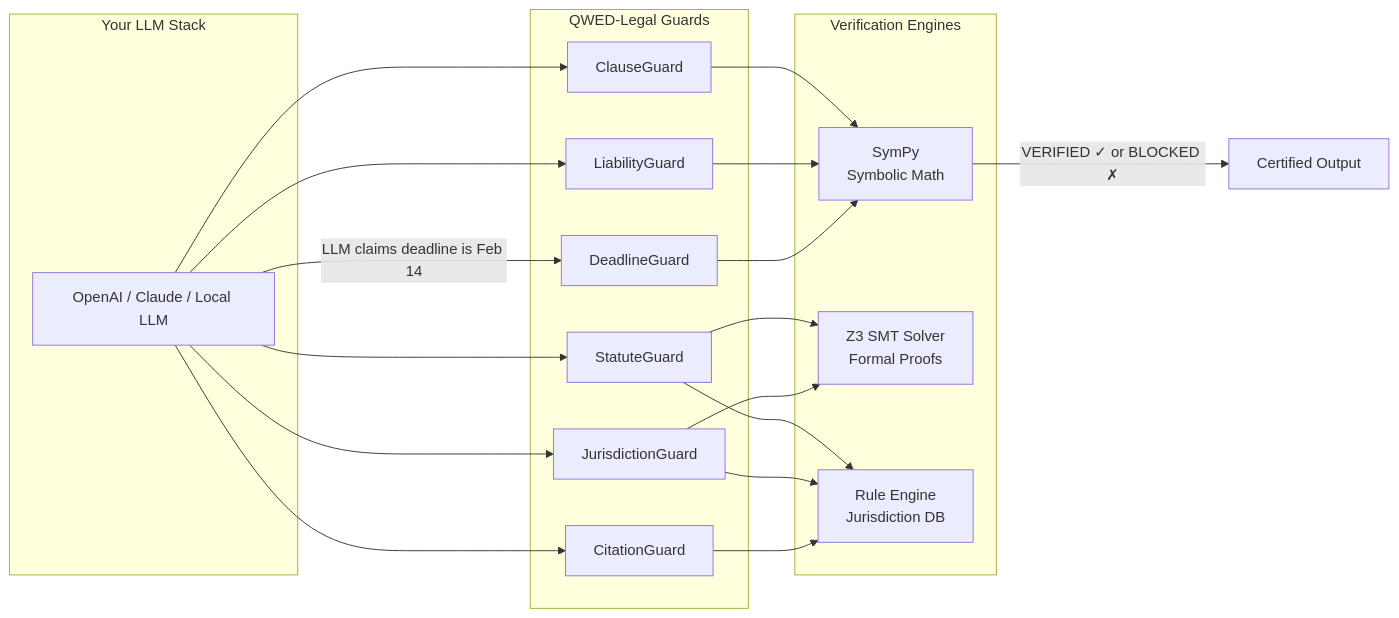
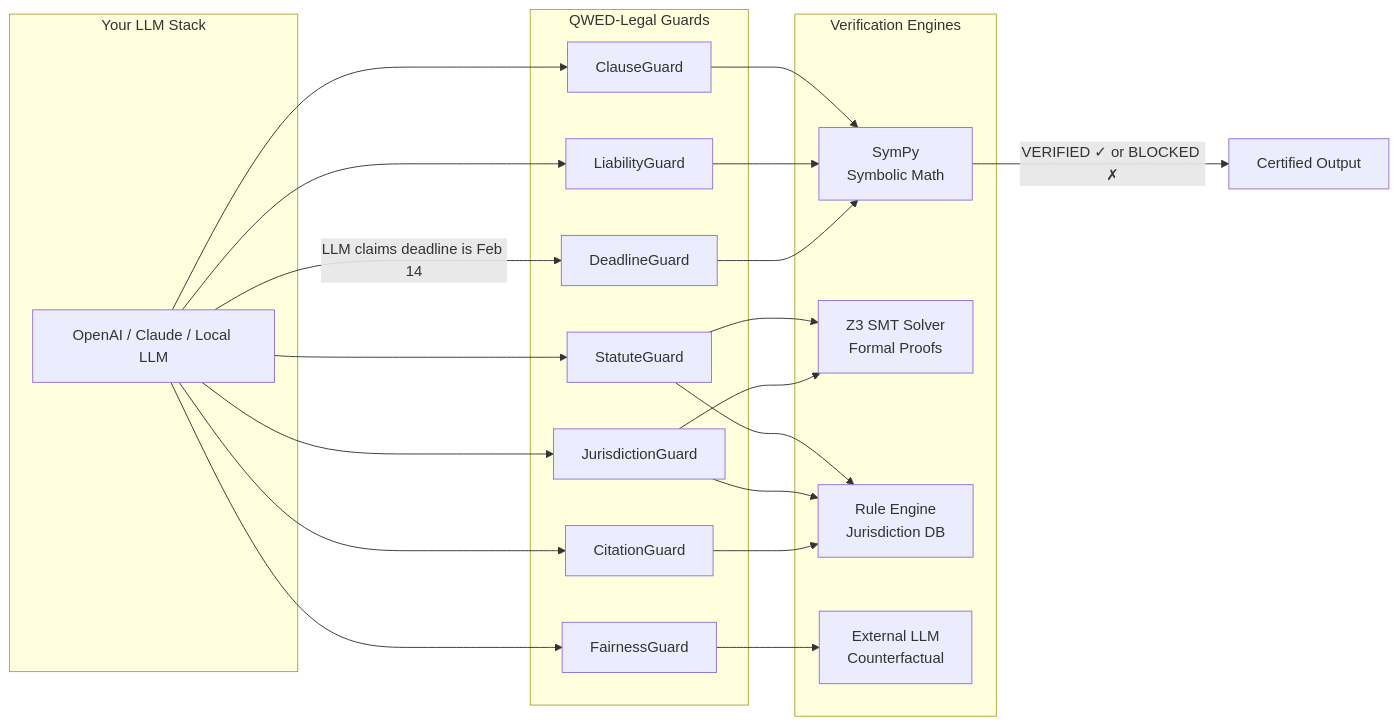
The diagram in README.md (QWED-AI/qwed-legal), drawn with Mermaid before and after one commit. The commit also changed other lines of this file and 2 other files, not shown here.

Commit message:
fix(guards): implement CodeRabbit reviews for atomic sub, robust compare, and README

````diff
--- a/README.md
+++ b/README.md
@@ -370,30 +371,33 @@
 ```mermaid
 flowchart LR
     subgraph "Your LLM Stack"
         A[OpenAI / Claude / Local LLM]
     end
     
     subgraph "QWED-Legal Guards"
         B[DeadlineGuard]
         C[LiabilityGuard]
         D[ClauseGuard]
         E[CitationGuard]
         F[JurisdictionGuard]
         G[StatuteGuard]
+        L[FairnessGuard]
     end
     
     subgraph "Verification Engines"
         H[SymPy<br/>Symbolic Math]
         I[Z3 SMT Solver<br/>Formal Proofs]
         J[Rule Engine<br/>Jurisdiction DB]
+        M[External LLM<br/>Counterfactual]
     end
     
     A --> |"LLM claims deadline is Feb 14"| B
     B --> H
     H --> |"VERIFIED ✓ or BLOCKED ✗"| K[Certified Output]
     
-    A --> C & D & E & F & G
+    A --> C & D & E & F & G & L
     C & D --> H
     E --> J
     F & G --> I & J
+    L --> M
 ```
````
